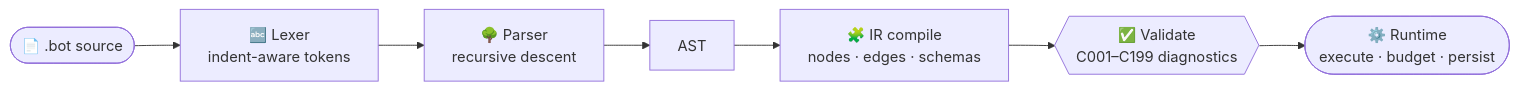
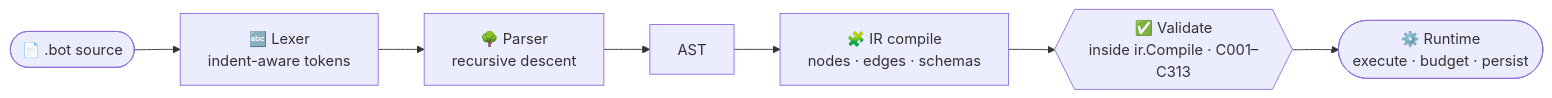
The diagram in docs/dsl.md (SocialGouv/iterion), drawn with Mermaid before and after one commit. The commit also changed other lines of this file and 12 other files, not shown here.

First line of the commit message:
docs: align 12 pages with the code the bot-resolution-overrides and bot-to-running-graph flows were drawn from

````diff
--- a/docs/dsl.md
+++ b/docs/dsl.md
@@ -11,9 +11,9 @@
 ```mermaid
 flowchart LR
   SRC(["📄 .bot source"]) --> LEX["🔤 Lexer<br/>indent-aware tokens"]
   LEX --> PAR["🌳 Parser<br/>recursive descent"]
   PAR --> AST["AST"]
   AST --> IR["🧩 IR compile<br/>nodes · edges · schemas"]
-  IR --> VAL{{"✅ Validate<br/>C001–C199 diagnostics"}}
+  IR --> VAL{{"✅ Validate<br/>inside ir.Compile · C001–C313"}}
   VAL --> RUN(["⚙️ Runtime<br/>execute · budget · persist"])
 ```
````
